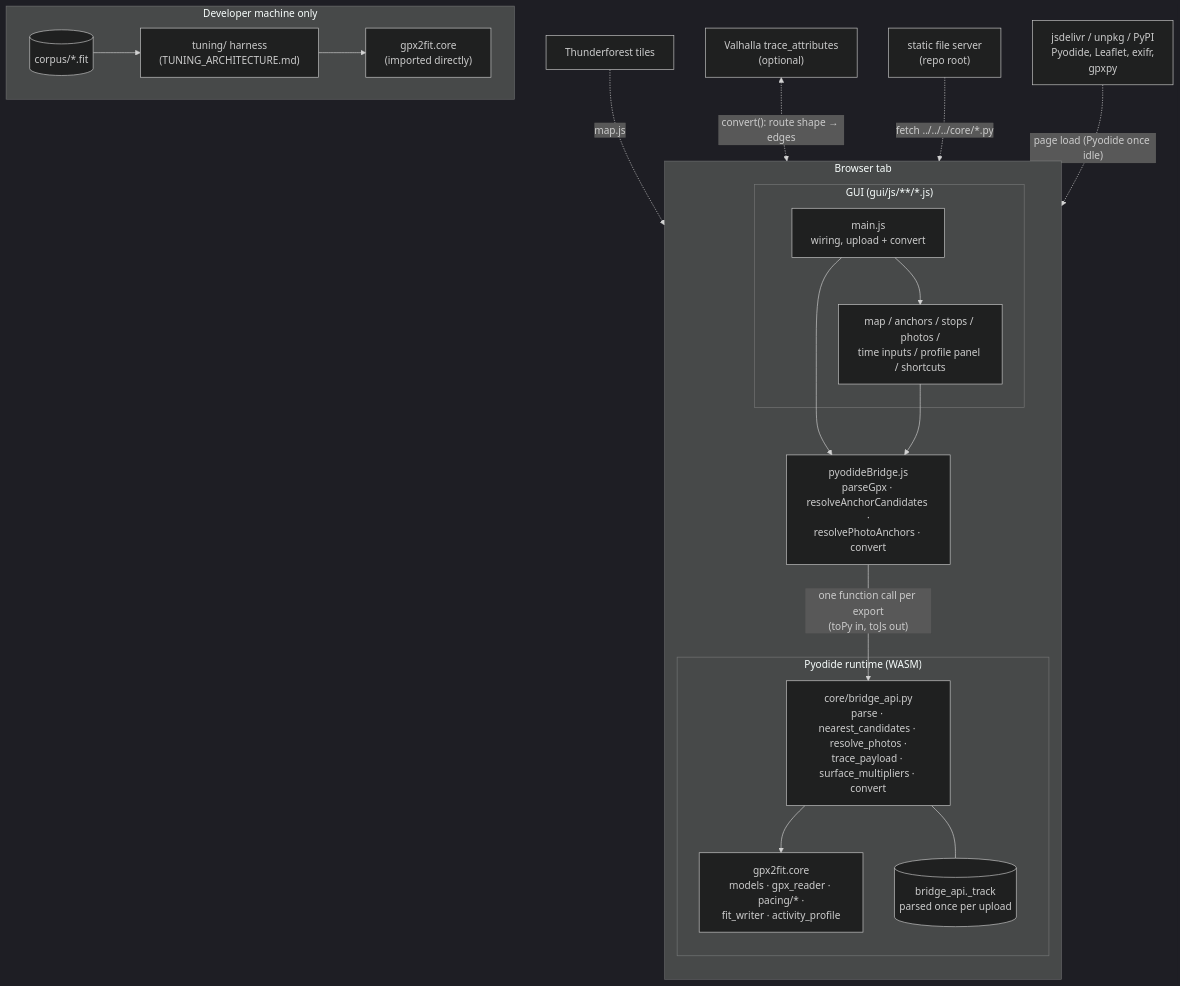
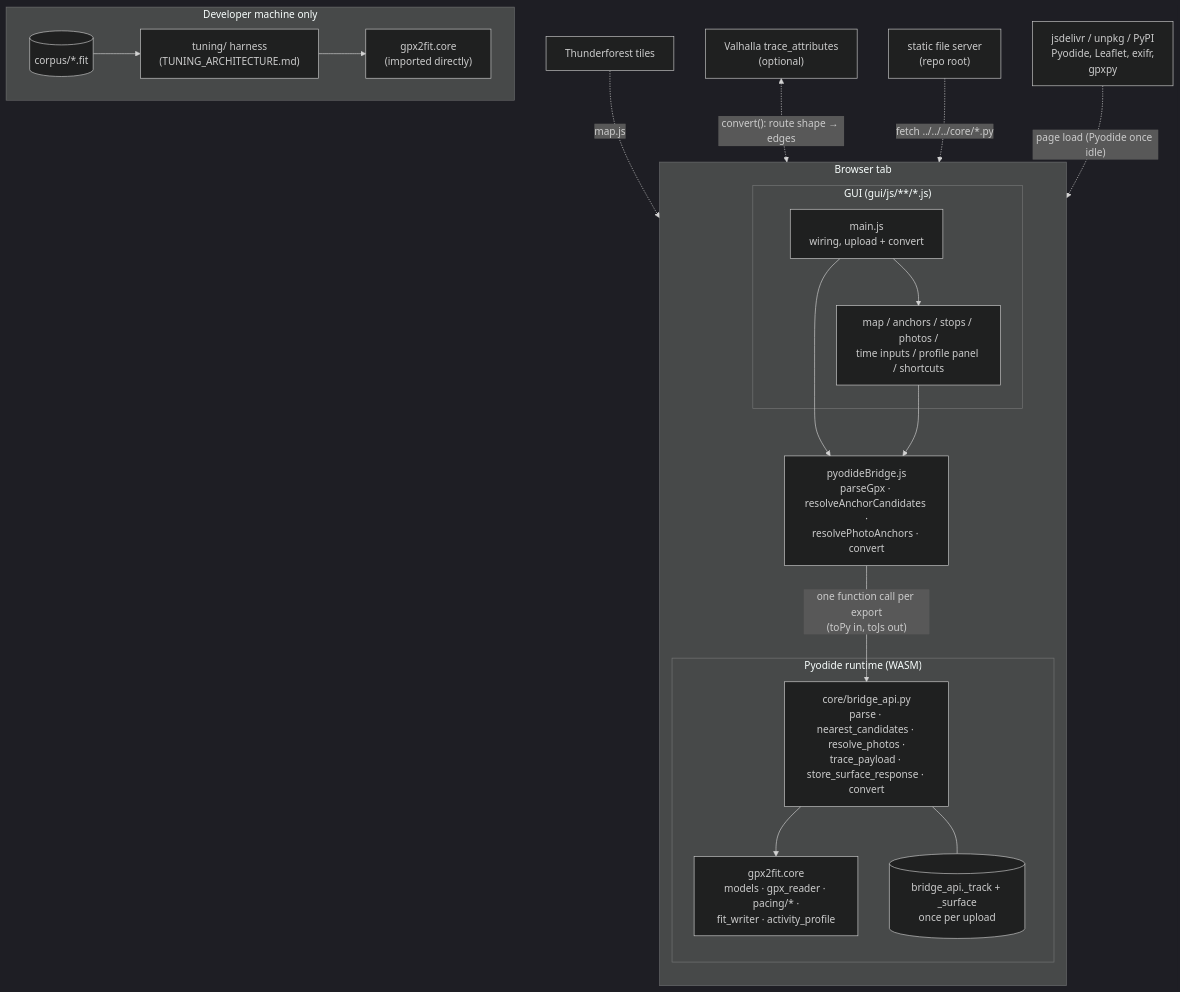
Before and after one commit to martin-iflap/GPX_to_FIT: the first of 3 diagrams in docs/ARCHITECTURE.md, drawn with Mermaid (dark theme). The commit also changed other lines of this file and 13 other files, not shown here.

Commit message:
1/2 of backend architecture, bug and performance checks and fixes.

````diff
--- a/docs/ARCHITECTURE.md
+++ b/docs/ARCHITECTURE.md
@@ -116,32 +116,32 @@
 ```mermaid
 flowchart TB
   subgraph Browser["Browser tab"]
     direction TB
     subgraph GUI["GUI (gui/js/**/*.js)"]
       main["main.js<br/>wiring, upload + convert"]
       ui["map / anchors / stops / photos /<br/>time inputs / profile panel / shortcuts"]
     end
     bridge["pyodideBridge.js<br/>parseGpx · resolveAnchorCandidates ·<br/>resolvePhotoAnchors · convert"]
     subgraph Py["Pyodide runtime (WASM)"]
-      api["core/bridge_api.py<br/>parse · nearest_candidates · resolve_photos ·<br/>trace_payload · surface_multipliers · convert"]
-      track[("bridge_api._track<br/>parsed once per upload")]
+      api["core/bridge_api.py<br/>parse · nearest_candidates · resolve_photos ·<br/>trace_payload · store_surface_response · convert"]
+      track[("bridge_api._track + _surface<br/>once per upload")]
       core["gpx2fit.core<br/>models · gpx_reader · pacing/* ·<br/>fit_writer · activity_profile"]
     end
     main --> ui
     main --> bridge
     ui --> bridge
     bridge -- "one function call per export<br/>(toPy in, toJs out)" --> api
     api --> core
     api --- track
   end
 
   CDN["jsdelivr / unpkg / PyPI<br/>Pyodide, Leaflet, exifr,<br/>gpxpy"] -. "page load (Pyodide once idle)" .-> Browser
   TF["Thunderforest tiles"] -. "map.js" .-> ui
   VH["Valhalla trace_attributes<br/>(optional)"] <-. "convert(): route shape → edges" .-> bridge
   Static["static file server<br/>(repo root)"] -. "fetch ../../../core/*.py" .-> bridge
 
   subgraph Offline["Developer machine only"]
     tuning["tuning/ harness<br/>(TUNING_ARCHITECTURE.md)"] --> core2["gpx2fit.core<br/>(imported directly)"]
     corpus[("corpus/*.fit")] --> tuning
   end
 ```
````
